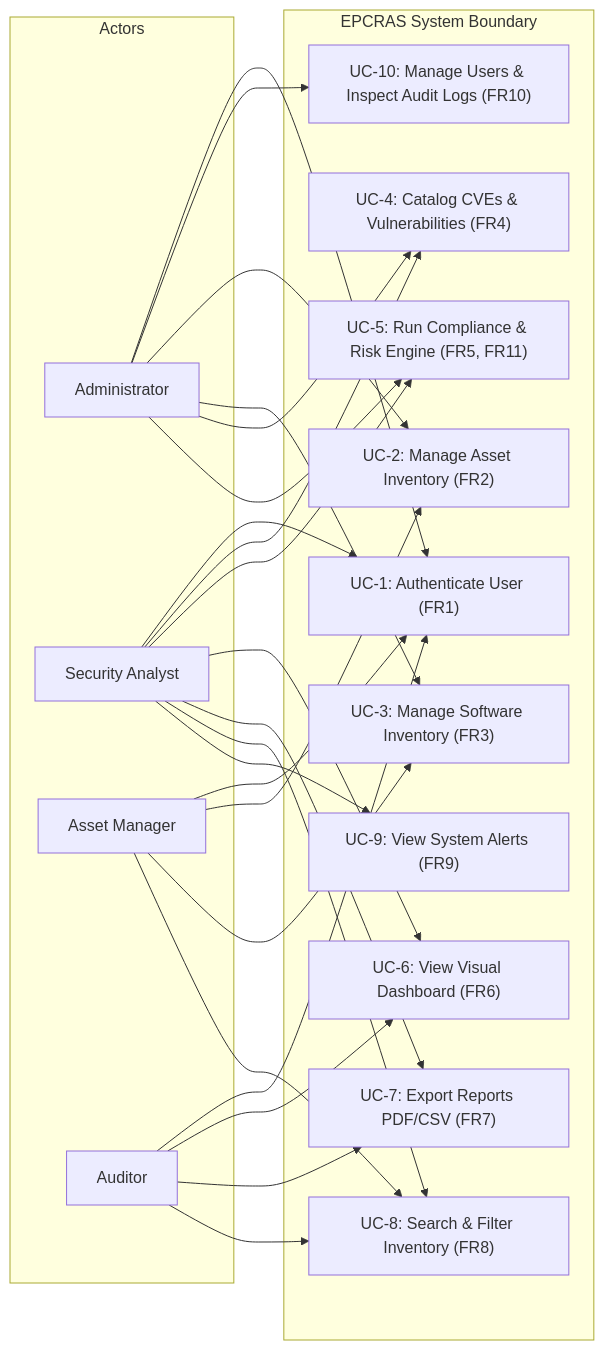
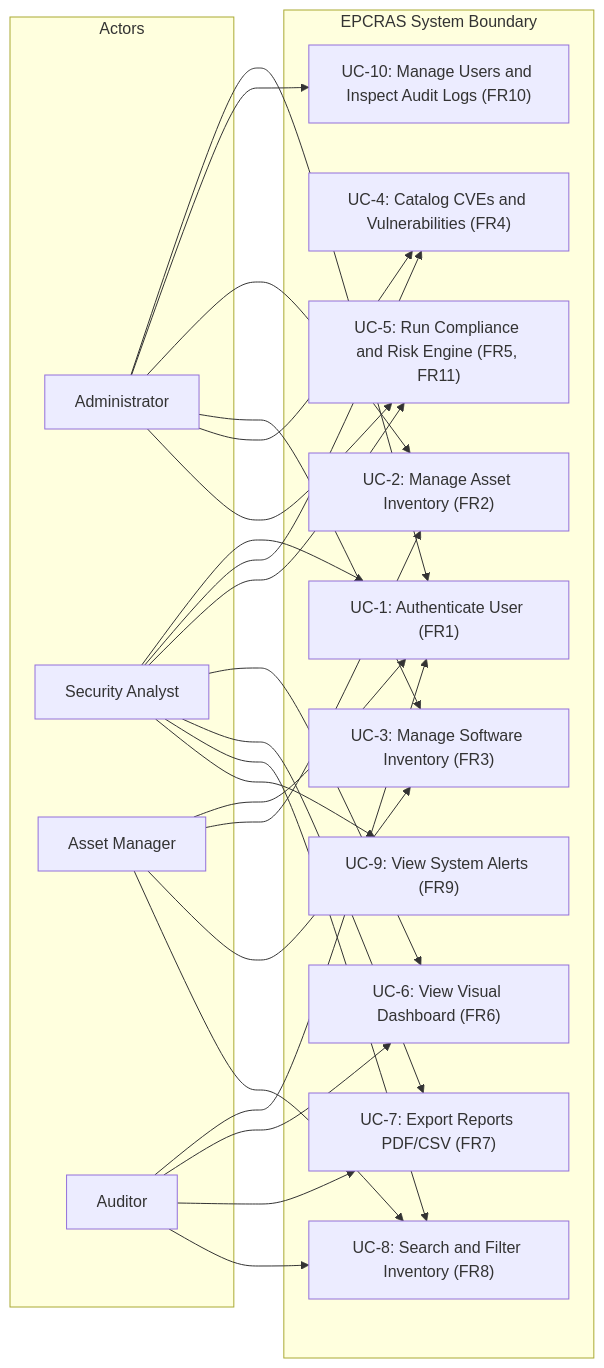
The fifth of 7 diagrams in docs/design.md (Hareekshith/EPCRAS), drawn with Mermaid before and after one commit. The commit also changed other lines of this file, not shown here.

````diff
--- a/docs/design.md
+++ b/docs/design.md
@@ -397,47 +397,47 @@
 ```mermaid
 flowchart LR
-    subgraph Actors
+    subgraph Actors["Actors"]
         Admin["Administrator"]
         Analyst["Security Analyst"]
         AssetMgr["Asset Manager"]
         Auditor["Auditor"]
     end
 
-    subgraph System ["EPCRAS System Boundary"]
+    subgraph System["EPCRAS System Boundary"]
         UC1["UC-1: Authenticate User (FR1)"]
         UC2["UC-2: Manage Asset Inventory (FR2)"]
         UC3["UC-3: Manage Software Inventory (FR3)"]
-        UC4["UC-4: Catalog CVEs & Vulnerabilities (FR4)"]
-        UC5["UC-5: Run Compliance & Risk Engine (FR5, FR11)"]
+        UC4["UC-4: Catalog CVEs and Vulnerabilities (FR4)"]
+        UC5["UC-5: Run Compliance and Risk Engine (FR5, FR11)"]
         UC6["UC-6: View Visual Dashboard (FR6)"]
         UC7["UC-7: Export Reports PDF/CSV (FR7)"]
-        UC8["UC-8: Search & Filter Inventory (FR8)"]
+        UC8["UC-8: Search and Filter Inventory (FR8)"]
         UC9["UC-9: View System Alerts (FR9)"]
-        UC10["UC-10: Manage Users & Inspect Audit Logs (FR10)"]
+        UC10["UC-10: Manage Users and Inspect Audit Logs (FR10)"]
     end
 
     Admin --> UC1
     Admin --> UC10
     Admin --> UC2
     Admin --> UC3
     Admin --> UC4
     Admin --> UC5
 
     Analyst --> UC1
     Analyst --> UC4
     Analyst --> UC5
     Analyst --> UC6
     Analyst --> UC7
     Analyst --> UC8
     Analyst --> UC9
 
     AssetMgr --> UC1
     AssetMgr --> UC2
     AssetMgr --> UC3
     AssetMgr --> UC8
 
     Auditor --> UC1
     Auditor --> UC6
     Auditor --> UC7
     Auditor --> UC8
 ```
````
